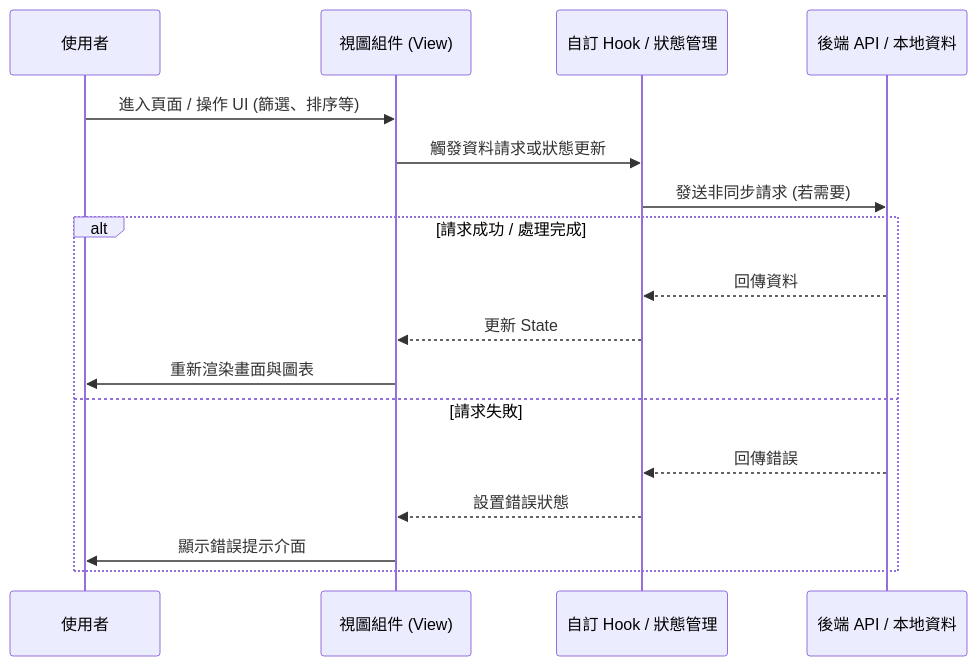
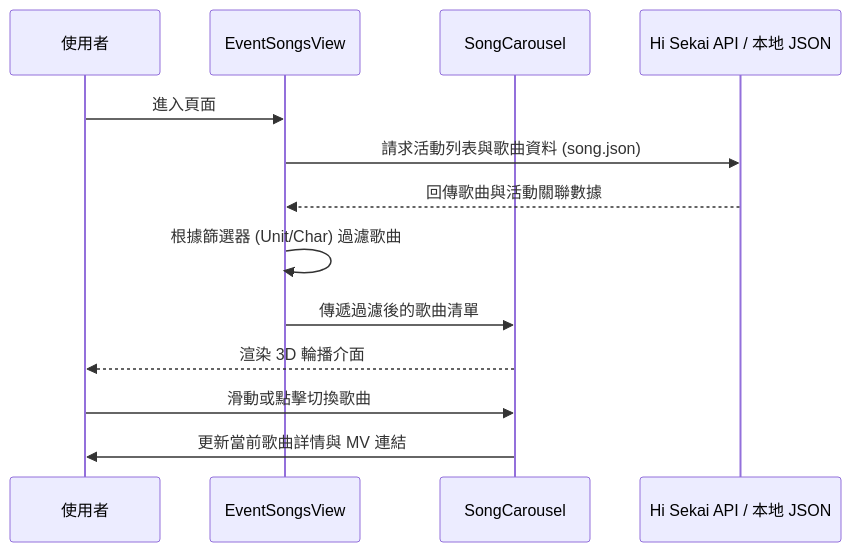
The diagram in docs/PAGE_EVENT_SONGS.md (rockzerox/Project-Sekai-Ranking), drawn with Mermaid before and after one commit. The commit also changed 16 other files, not shown here.

````diff
--- a/docs/PAGE_EVENT_SONGS.md
+++ b/docs/PAGE_EVENT_SONGS.md
@@ -84,20 +84,17 @@
 ```mermaid
 sequenceDiagram
     participant User as 使用者
-    participant View as 視圖組件 (View)
-    participant Hook as 自訂 Hook / 狀態管理
-    participant API as 後端 API / 本地資料
+    participant View as EventSongsView
+    participant Carousel as SongCarousel
+    participant API as Hi Sekai API / 本地 JSON
 
-    User->>View: 進入頁面 / 操作 UI (篩選、排序等)
-    View->>Hook: 觸發資料請求或狀態更新
-    Hook->>API: 發送非同步請求 (若需要)
-    alt 請求成功 / 處理完成
-        API-->>Hook: 回傳資料
-        Hook-->>View: 更新 State
-        View->>User: 重新渲染畫面與圖表
-    else 請求失敗
-        API-->>Hook: 回傳錯誤
-        Hook-->>View: 設置錯誤狀態
-        View->>User: 顯示錯誤提示介面
-    end
+    User->>View: 進入頁面
+    View->>API: 請求活動列表與歌曲資料 (song.json)
+    API-->>View: 回傳歌曲與活動關聯數據
+    View->>View: 根據篩選器 (Unit/Char) 過濾歌曲
+    View->>Carousel: 傳遞過濾後的歌曲清單
+    Carousel-->>User: 渲染 3D 輪播介面
+    
+    User->>Carousel: 滑動或點擊切換歌曲
+    Carousel->>User: 更新當前歌曲詳情與 MV 連結
 ```
````
